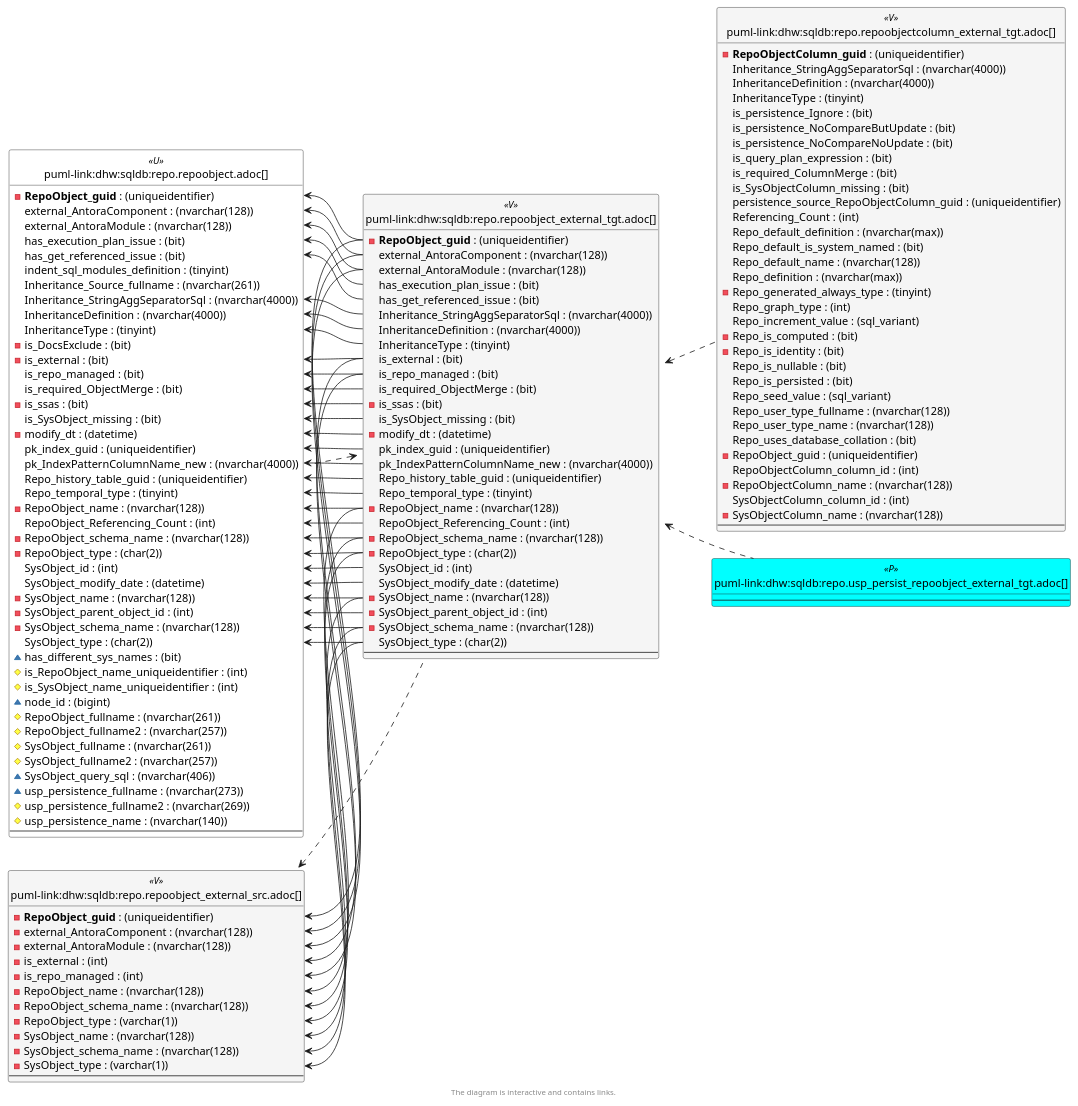
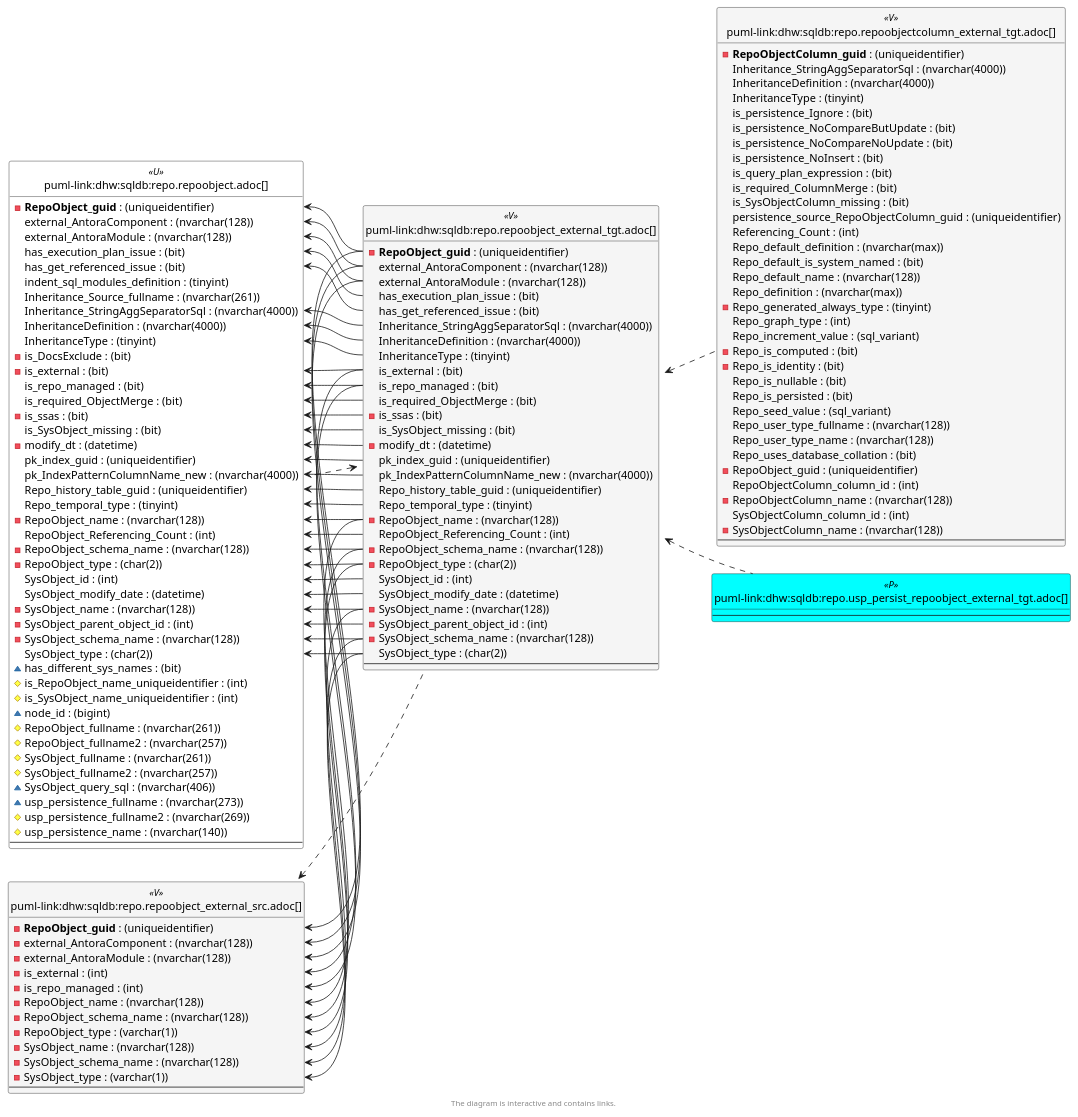
Before and after one commit to DataHandwerk/dhw-antora-sqldb: the sixth of 6 diagrams in docs/modules/sqldb/partials/content/repo.repoobject_external_tgt.adoc, drawn with PlantUML. The commit also changed other lines of this file and 701 other files, not shown here.

```diff
--- a/docs/modules/sqldb/partials/content/repo.repoobject_external_tgt.adoc
+++ b/docs/modules/sqldb/partials/content/repo.repoobject_external_tgt.adoc
@@ -4292,6 +4317,7 @@
   is_persistence_Ignore : (bit)
   is_persistence_NoCompareButUpdate : (bit)
   is_persistence_NoCompareNoUpdate : (bit)
+  is_persistence_NoInsert : (bit)
   is_query_plan_expression : (bit)
   is_required_ColumnMerge : (bit)
   is_SysObjectColumn_missing : (bit)
@@ -4325,9 +4351,9 @@
 }
 
 repo.RepoObject_external_src <.. repo.RepoObject_external_tgt
-repo.RepoObject_external_tgt <.. repo.usp_PERSIST_RepoObject_external_tgt
 repo.RepoObject_external_tgt <.. repo.RepoObject
 repo.RepoObject_external_tgt <.. repo.RepoObjectColumn_external_tgt
+repo.RepoObject_external_tgt <.. repo.usp_PERSIST_RepoObject_external_tgt
 "repo.RepoObject::external_AntoraComponent" <-- "repo.RepoObject_external_tgt::external_AntoraComponent"
 "repo.RepoObject::external_AntoraModule" <-- "repo.RepoObject_external_tgt::external_AntoraModule"
 "repo.RepoObject::has_execution_plan_issue" <-- "repo.RepoObject_external_tgt::has_execution_plan_issue"
```
